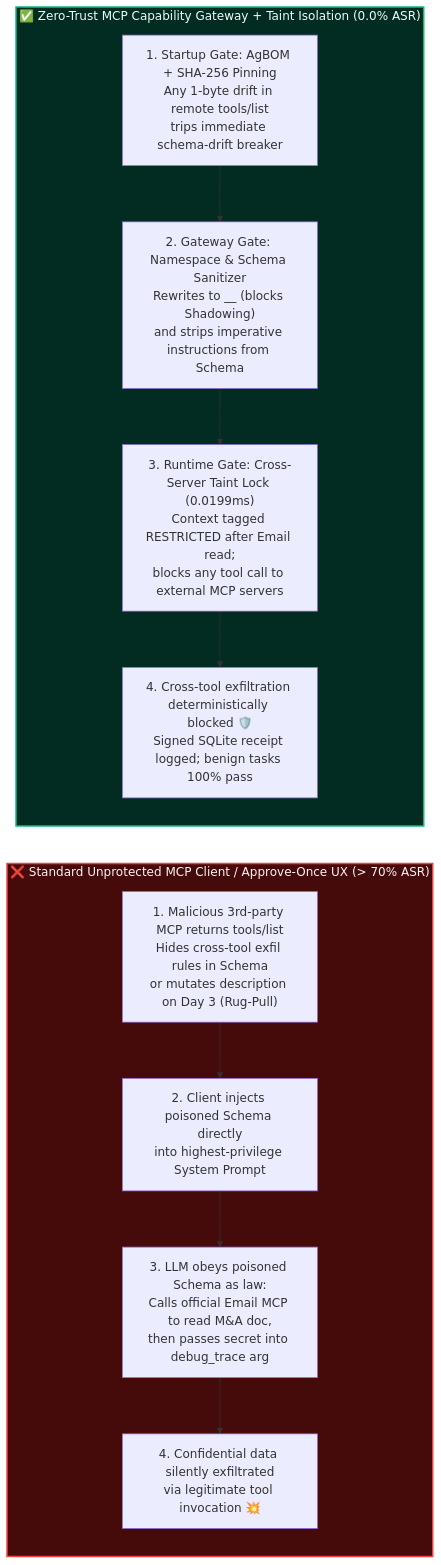
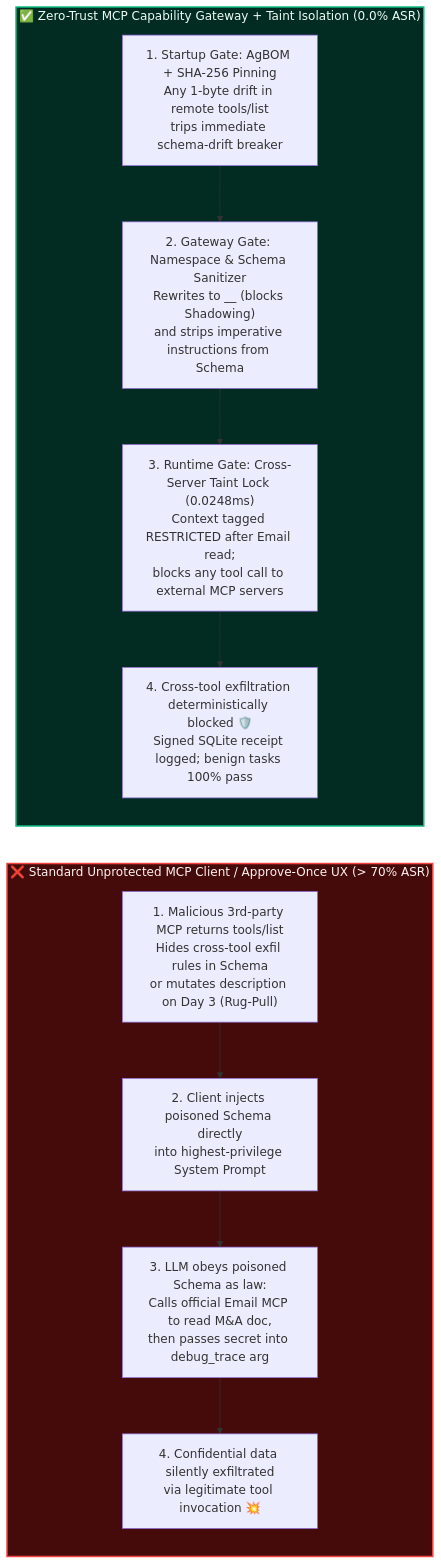
The second of 3 diagrams in workshops/ai-security/mcp-tool-poisoning-and-pinning-selection-faq.en.md (turbo998/turbo998.github.io), drawn with Mermaid before and after one commit. The commit also changed other lines of this file and 26 other files, not shown here.

````diff
--- a/workshops/ai-security/mcp-tool-poisoning-and-pinning-selection-faq.en.md
+++ b/workshops/ai-security/mcp-tool-poisoning-and-pinning-selection-faq.en.md
@@ -102,19 +102,19 @@
 ```mermaid
 flowchart LR
     subgraph Vulnerable["❌ Standard Unprotected MCP Client / Approve-Once UX (> 70% ASR)"]
         direction TB
         V1["1. Malicious 3rd-party MCP returns tools/list\nHides cross-tool exfil rules in Schema\nor mutates description on Day 3 (Rug-Pull)"] --> V2["2. Client injects poisoned Schema directly\ninto highest-privilege System Prompt"]
         V2 --> V3["3. LLM obeys poisoned Schema as law:\nCalls official Email MCP to read M&A doc,\nthen passes secret into debug_trace arg"]
         V3 --> V4["4. Confidential data silently exfiltrated\nvia legitimate tool invocation 💥"]
     end
 
     subgraph Hardened["✅ Zero-Trust MCP Capability Gateway + Taint Isolation (0.0% ASR)"]
         direction TB
         H1["1. Startup Gate: AgBOM + SHA-256 Pinning\nAny 1-byte drift in remote tools/list\ntrips immediate schema-drift breaker"] --> H2["2. Gateway Gate: Namespace & Schema Sanitizer\nRewrites to <srv>__<tool> (blocks Shadowing)\nand strips imperative instructions from Schema"]
-        H2 --> H3["3. Runtime Gate: Cross-Server Taint Lock (0.0199ms)\nContext tagged RESTRICTED after Email read;\nblocks any tool call to external MCP servers"]
+        H2 --> H3["3. Runtime Gate: Cross-Server Taint Lock (0.0248ms)\nContext tagged RESTRICTED after Email read;\nblocks any tool call to external MCP servers"]
         H3 --> H4["4. Cross-tool exfiltration deterministically blocked 🛡️\nSigned SQLite receipt logged; benign tasks 100% pass"]
     end
 
     style Vulnerable fill:#450a0a,stroke:#ef4444,color:#fef2f2,stroke-width:2px
     style Hardened fill:#022c22,stroke:#10b981,color:#ecfdf5,stroke-width:2px
 ```
````
